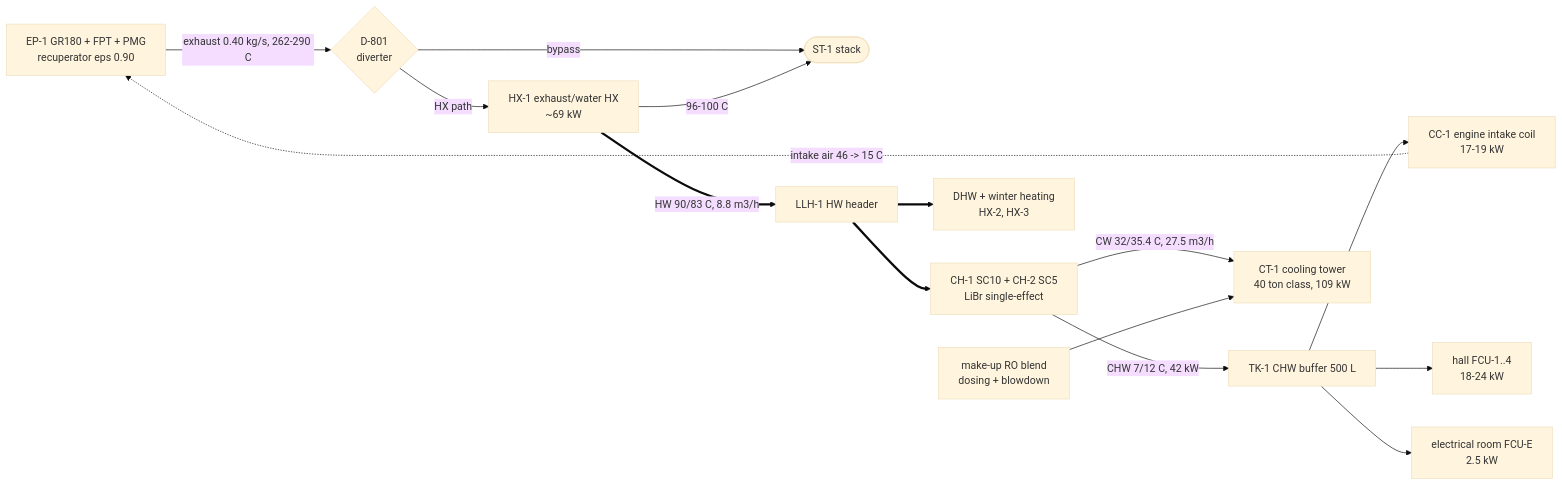
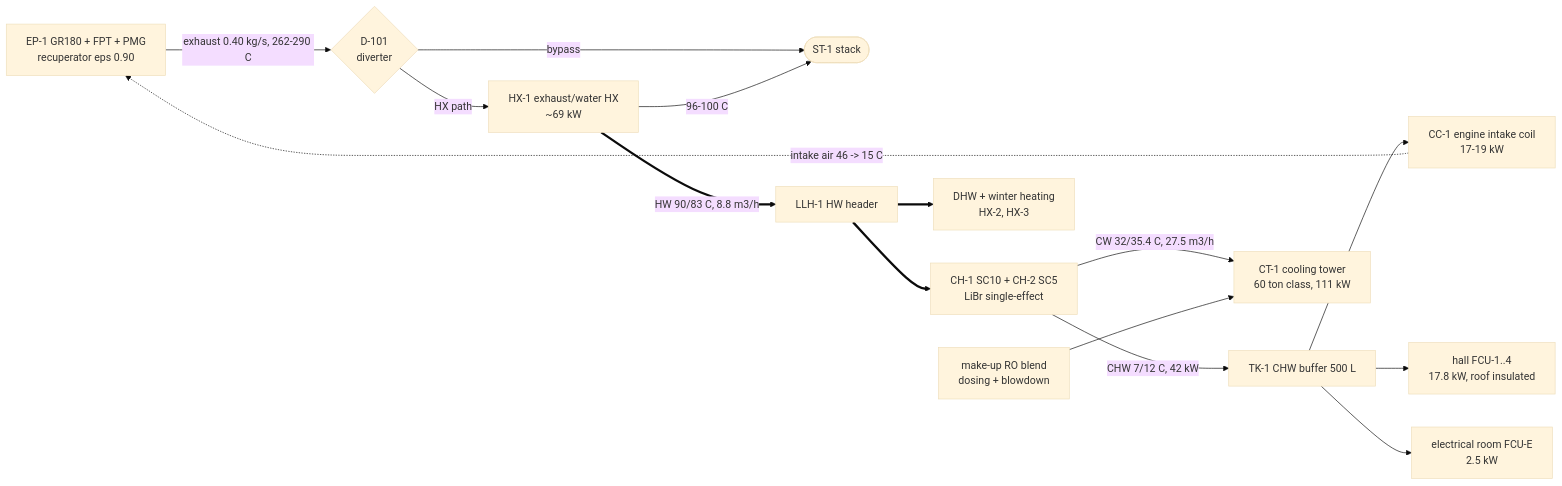
Before and after one commit to ahmadreza221/aurora-cchp: the first of 4 diagrams in docs/hvac/01_pid.md, drawn with Mermaid (base theme). The commit also changed other lines of this file and 77 other files, not shown here.

Commit message:
WIP: HVAC power modes, fire suppression, insulated-hall recheck; electrical EMS, boards, 3D room model; engine E1–E4 in progress

````diff
--- a/docs/hvac/01_pid.md
+++ b/docs/hvac/01_pid.md
@@ -9,30 +9,30 @@
 ```mermaid
 flowchart LR
   ENG["EP-1 GR180 + FPT + PMG<br/>recuperator eps 0.90"]
-  D101{"D-801<br/>diverter"}
+  D101{"D-101<br/>diverter"}
   HX1["HX-1 exhaust/water HX<br/>~69 kW"]
   ST1(["ST-1 stack"])
   LLH["LLH-1 HW header"]
   CH["CH-1 SC10 + CH-2 SC5<br/>LiBr single-effect"]
   DHW["DHW + winter heating<br/>HX-2, HX-3"]
   TK1["TK-1 CHW buffer 500 L"]
   CC1["CC-1 engine intake coil<br/>17-19 kW"]
-  FCU["hall FCU-1..4<br/>18-24 kW"]
+  FCU["hall FCU-1..4<br/>17.8 kW, roof insulated"]
   FCUE["electrical room FCU-E<br/>2.5 kW"]
-  CT1["CT-1 cooling tower<br/>40 ton class, 109 kW"]
+  CT1["CT-1 cooling tower<br/>60 ton class, 111 kW"]
   WT["make-up RO blend<br/>dosing + blowdown"]
   ENG -->|"exhaust 0.40 kg/s, 262-290 C"| D101
   D101 -->|"HX path"| HX1
   D101 -->|"bypass"| ST1
   HX1 -->|"96-100 C"| ST1
   HX1 ==>|"HW 90/83 C, 8.8 m3/h"| LLH
   LLH ==> CH
   LLH ==> DHW
   CH -->|"CHW 7/12 C, 42 kW"| TK1
   TK1 --> CC1
   TK1 --> FCU
   TK1 --> FCUE
   CH -->|"CW 32/35.4 C, 27.5 m3/h"| CT1
   WT --> CT1
   CC1 -.->|"intake air 46 -> 15 C"| ENG
 ```
````
